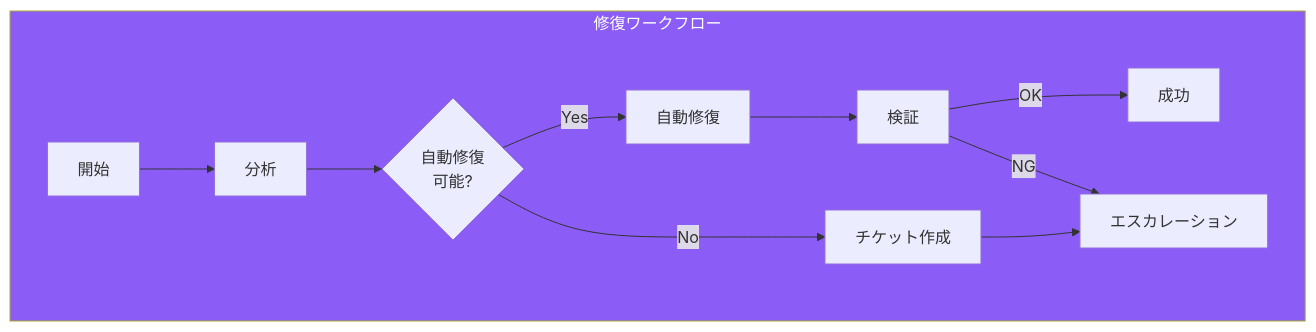
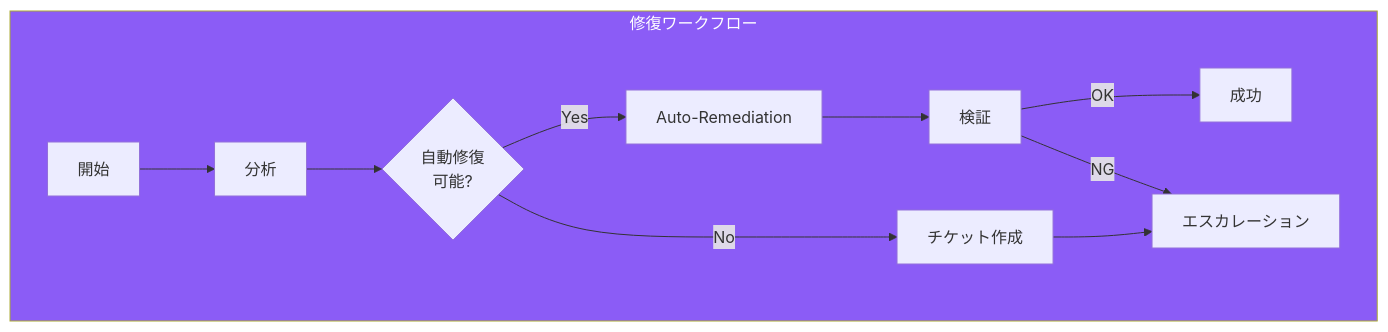
Before and after one commit to shunkus/shunku.net: the second of 3 diagrams in content/blog/ja/aws-auto-remediation-patterns.md, drawn with Mermaid. The commit also changed other lines of this file and 56 other files, not shown here.

````diff
--- a/content/blog/ja/aws-auto-remediation-patterns.md
+++ b/content/blog/ja/aws-auto-remediation-patterns.md
@@ -315,24 +315,24 @@
 ```mermaid
 flowchart TB
     subgraph Workflow["修復ワークフロー"]
         Start["開始"]
         Analyze["分析"]
         CanAutoFix{"自動修復<br/>可能?"}
-        AutoRemediate["自動修復"]
+        AutoRemediate["Auto-Remediation"]
         CreateTicket["チケット作成"]
         Verify["検証"]
         Success["成功"]
         Escalate["エスカレーション"]
     end
 
     Start --> Analyze
     Analyze --> CanAutoFix
     CanAutoFix --> |"Yes"| AutoRemediate
     CanAutoFix --> |"No"| CreateTicket
     AutoRemediate --> Verify
     Verify --> |"OK"| Success
     Verify --> |"NG"| Escalate
     CreateTicket --> Escalate
 
     style Workflow fill:#8b5cf6,color:#fff
 ```
````
